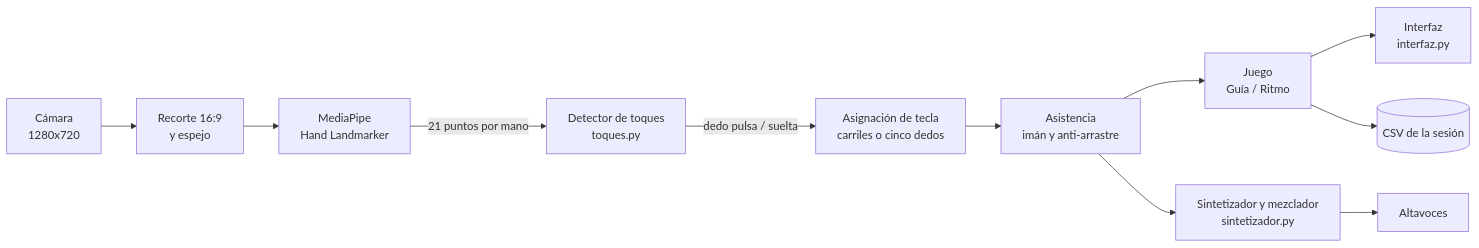
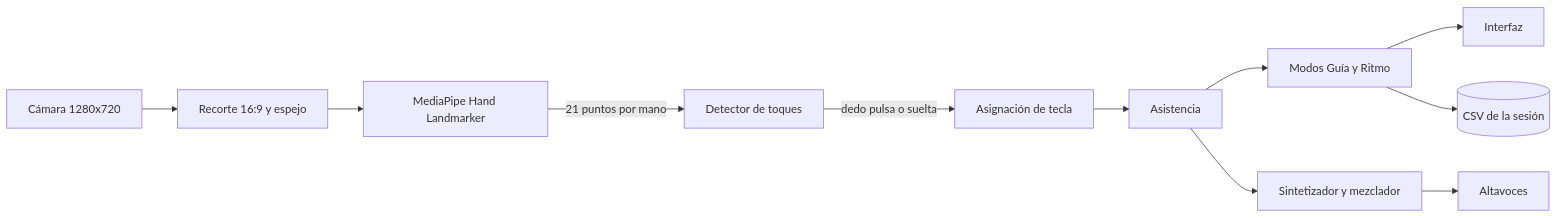
The diagram in README.md (Daniverd15/piano-aereo-jingle-bells), drawn with Mermaid before and after one commit.

Commit message:
Corrige el diagrama de flujo del README

````diff
--- a/README.md
+++ b/README.md
@@ -305,13 +305,13 @@
 ```mermaid
 flowchart LR
-    A[Cámara<br/>1280x720] --> B[Recorte 16:9<br/>y espejo]
-    B --> C[MediaPipe<br/>Hand Landmarker]
-    C -->|21 puntos por mano| D[Detector de toques<br/>toques.py]
-    D -->|dedo pulsa / suelta| E[Asignación de tecla<br/>carriles o cinco dedos]
-    E --> F[Asistencia<br/>imán y anti-arrastre]
-    F --> G[Juego<br/>Guía / Ritmo]
-    F --> H[Sintetizador y mezclador<br/>sintetizador.py]
-    G --> I[Interfaz<br/>interfaz.py]
-    H --> J[Altavoces]
-    G --> K[(CSV de la sesión)]
+    A["Cámara 1280x720"] --> B["Recorte 16:9 y espejo"]
+    B --> C["MediaPipe Hand Landmarker"]
+    C -->|"21 puntos por mano"| D["Detector de toques"]
+    D -->|"dedo pulsa o suelta"| E["Asignación de tecla"]
+    E --> F["Asistencia"]
+    F --> G["Modos Guía y Ritmo"]
+    F --> H["Sintetizador y mezclador"]
+    G --> I["Interfaz"]
+    H --> J["Altavoces"]
+    G --> K[("CSV de la sesión")]
 ```
````
